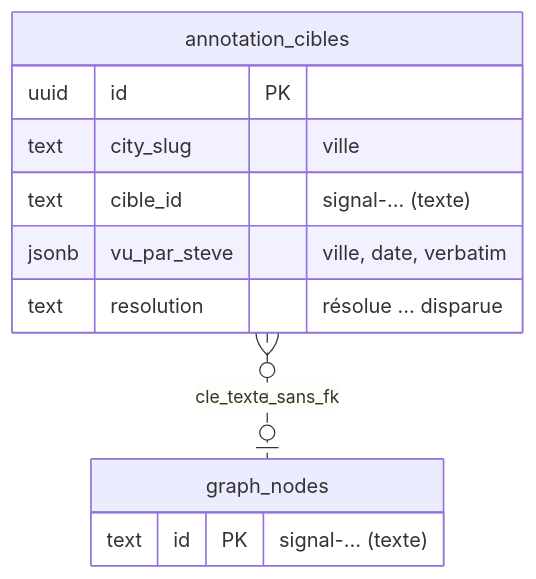
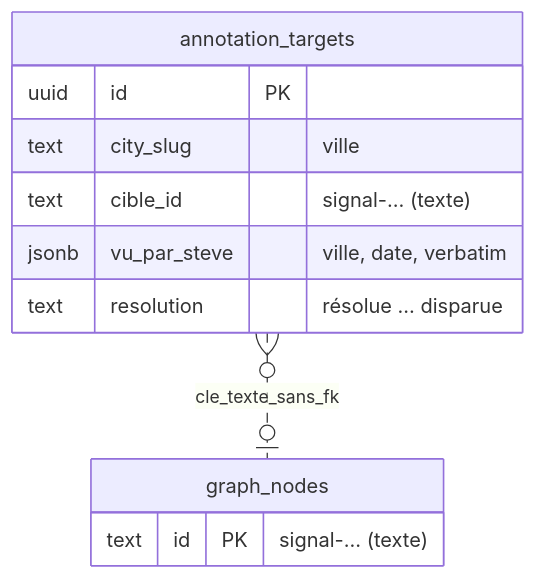
One commit to rhanka/radar-immobilier changed the ninth of 13 diagrams in docs/spec/reports/dossier-retours-steve/DOSSIER_DECISION_RETOURS_STEVE_2026-10-03.md. Above: the diagram before and after it, drawn with Mermaid. The commit also changed other lines of this file and 11 other files, not shown here.

````diff
--- a/docs/spec/reports/dossier-retours-steve/DOSSIER_DECISION_RETOURS_STEVE_2026-10-03.md
+++ b/docs/spec/reports/dossier-retours-steve/DOSSIER_DECISION_RETOURS_STEVE_2026-10-03.md
@@ -2263,14 +2307,14 @@
 ```mermaid
 erDiagram
-    annotation_cibles }o..o| graph_nodes : cle_texte_sans_fk
-    annotation_cibles {
+    annotation_targets }o..o| graph_nodes : cle_texte_sans_fk
+    annotation_targets {
       uuid id PK
       text city_slug "ville"
       text cible_id "signal-… (texte)"
       jsonb vu_par_steve "ville, date, verbatim"
       text resolution "résolue … disparue"
     }
     graph_nodes {
       text id PK "signal-… (texte)"
     }
 ```
````
